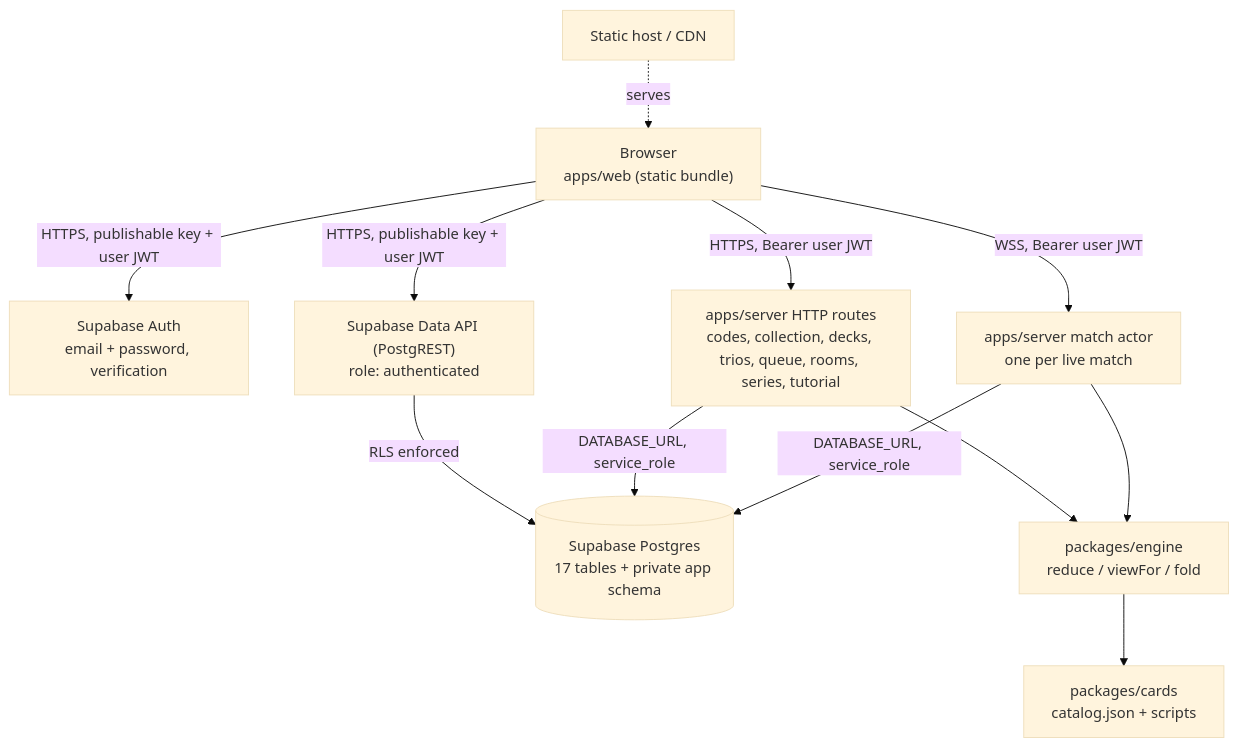
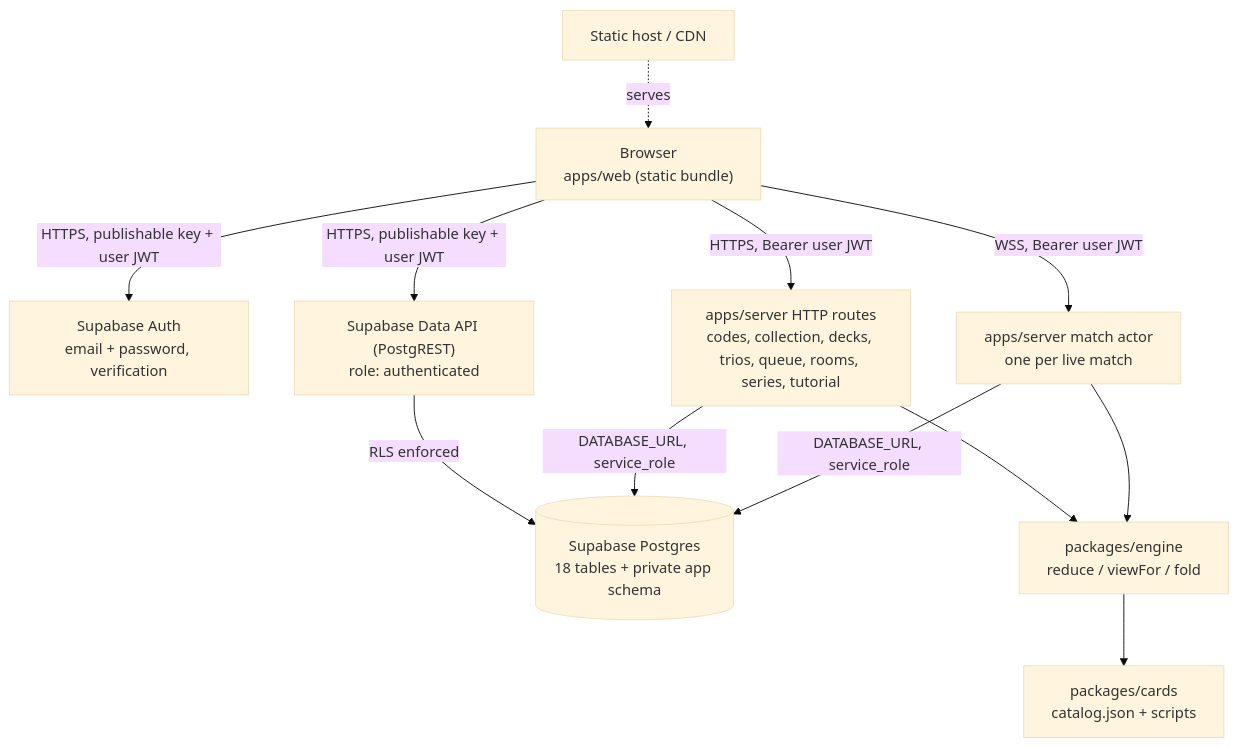
Before and after one commit to Jlore-Studios/JackiOh: the diagram in docs/architecture.md, drawn with Mermaid (base theme). The commit also changed other lines of this file and 49 other files, not shown here.

````diff
--- a/docs/architecture.md
+++ b/docs/architecture.md
@@ -16,24 +16,24 @@
 ```mermaid
 flowchart TD
   B["Browser<br/>apps/web (static bundle)"]
   CDN["Static host / CDN"]
   AUTH["Supabase Auth<br/>email + password, verification"]
   PGR["Supabase Data API (PostgREST)<br/>role: authenticated"]
   API["apps/server HTTP routes<br/>codes, collection, decks, trios, queue, rooms, series, tutorial"]
   ACT["apps/server match actor<br/>one per live match"]
-  PG[("Supabase Postgres<br/>17 tables + private app schema")]
+  PG[("Supabase Postgres<br/>18 tables + private app schema")]
   ENG["packages/engine<br/>reduce / viewFor / fold"]
   CAT["packages/cards<br/>catalog.json + scripts"]
 
   CDN -.serves.-> B
   B -->|HTTPS, publishable key + user JWT| AUTH
   B -->|HTTPS, publishable key + user JWT| PGR
   B -->|HTTPS, Bearer user JWT| API
   B -->|WSS, Bearer user JWT| ACT
   PGR -->|RLS enforced| PG
   API -->|DATABASE_URL, service_role| PG
   ACT -->|DATABASE_URL, service_role| PG
   API --> ENG
   ACT --> ENG
   ENG --> CAT
 ```
````
